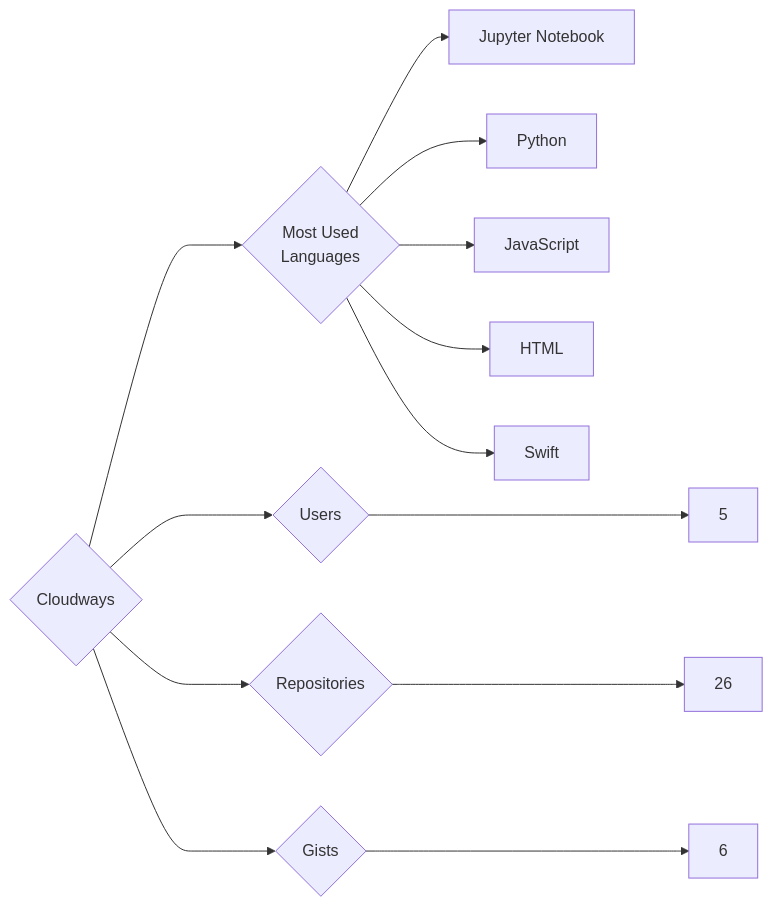
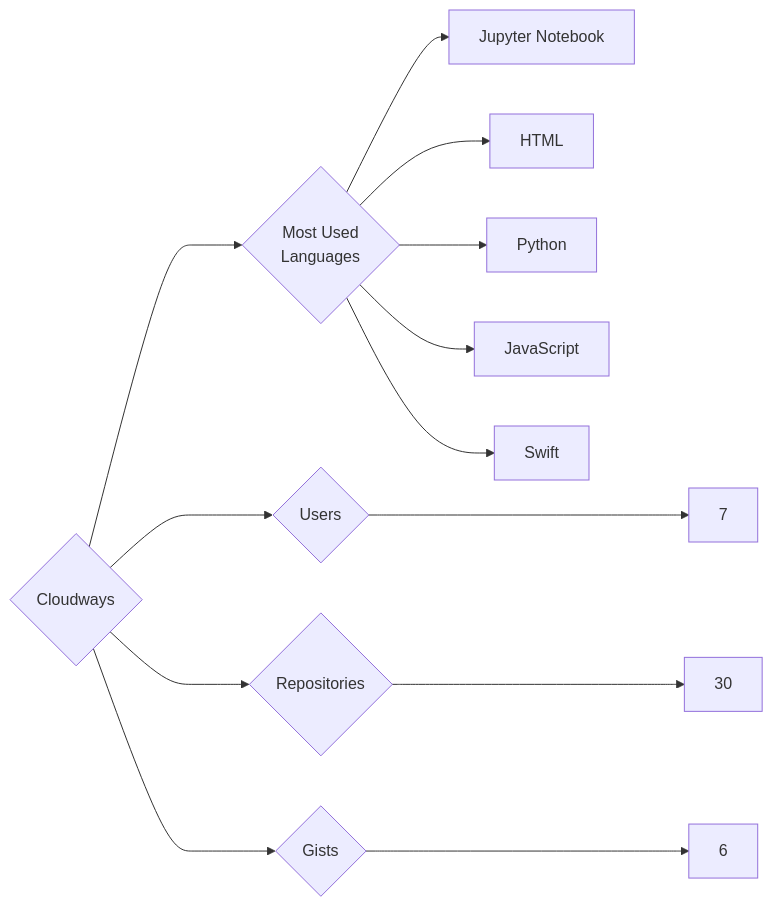
The diagram in targets/Cloudways/README.md (trickest/insiders), drawn with Mermaid before and after one commit. The commit also changed 775 other files, not shown here.

````diff
--- a/targets/Cloudways/README.md
+++ b/targets/Cloudways/README.md
@@ -3,13 +3,13 @@
 ```mermaid
 graph LR
 COMPANY_NAME{Cloudways}
-COMPANY_NAME ---> U{Users} ---> UN[5]
-COMPANY_NAME ---> R{Repositories} ---> RN[26]
+COMPANY_NAME ---> U{Users} ---> UN[7]
+COMPANY_NAME ---> R{Repositories} ---> RN[30]
 COMPANY_NAME ---> G{Gists} ---> GN[6]
 COMPANY_NAME ---> ML{Most Used<br>Languages}
 ML --> Jupyter_Notebook[Jupyter Notebook]
+ML --> HTML[HTML]
 ML --> Python[Python]
 ML --> JavaScript[JavaScript]
-ML --> HTML[HTML]
 ML --> Swift[Swift]
 ```
````
